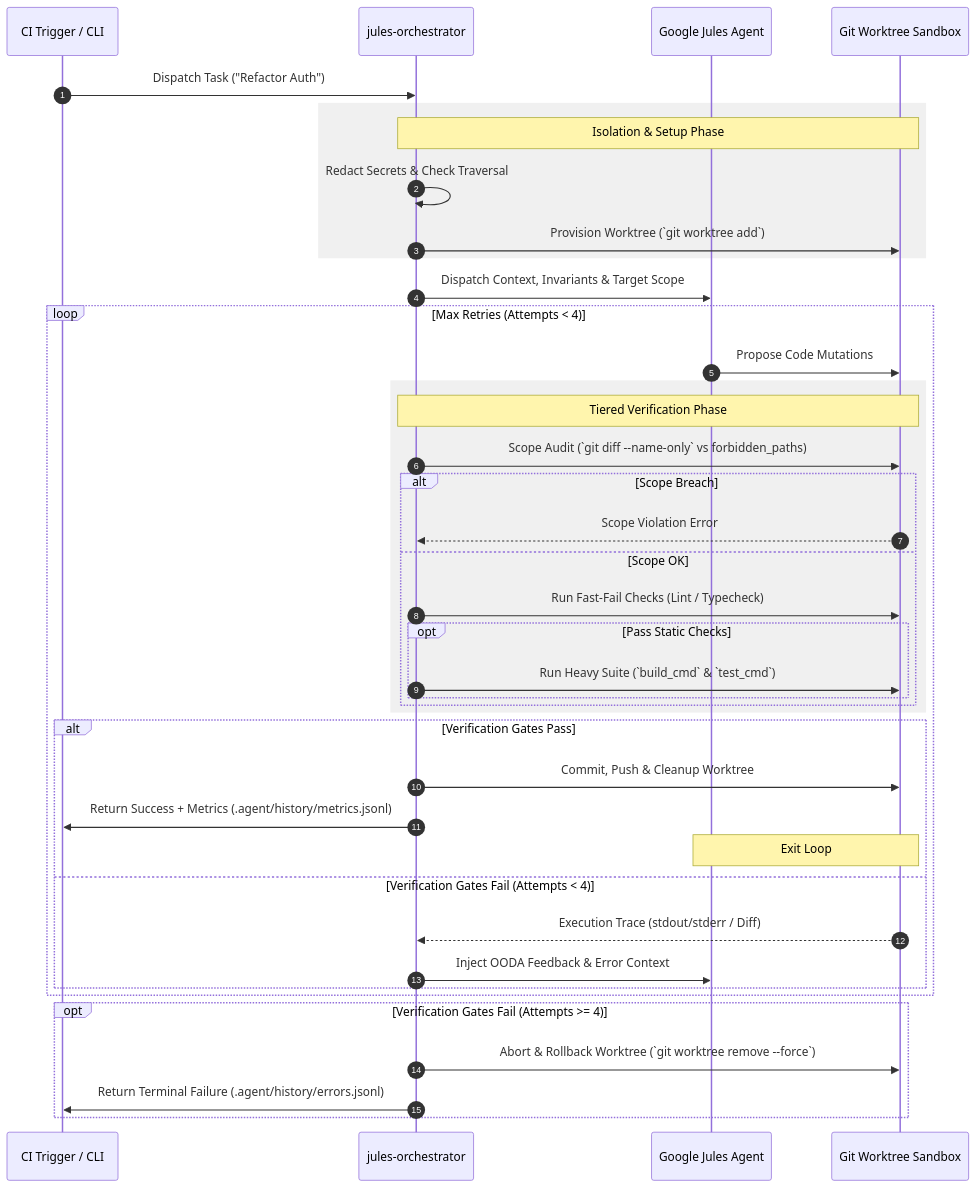
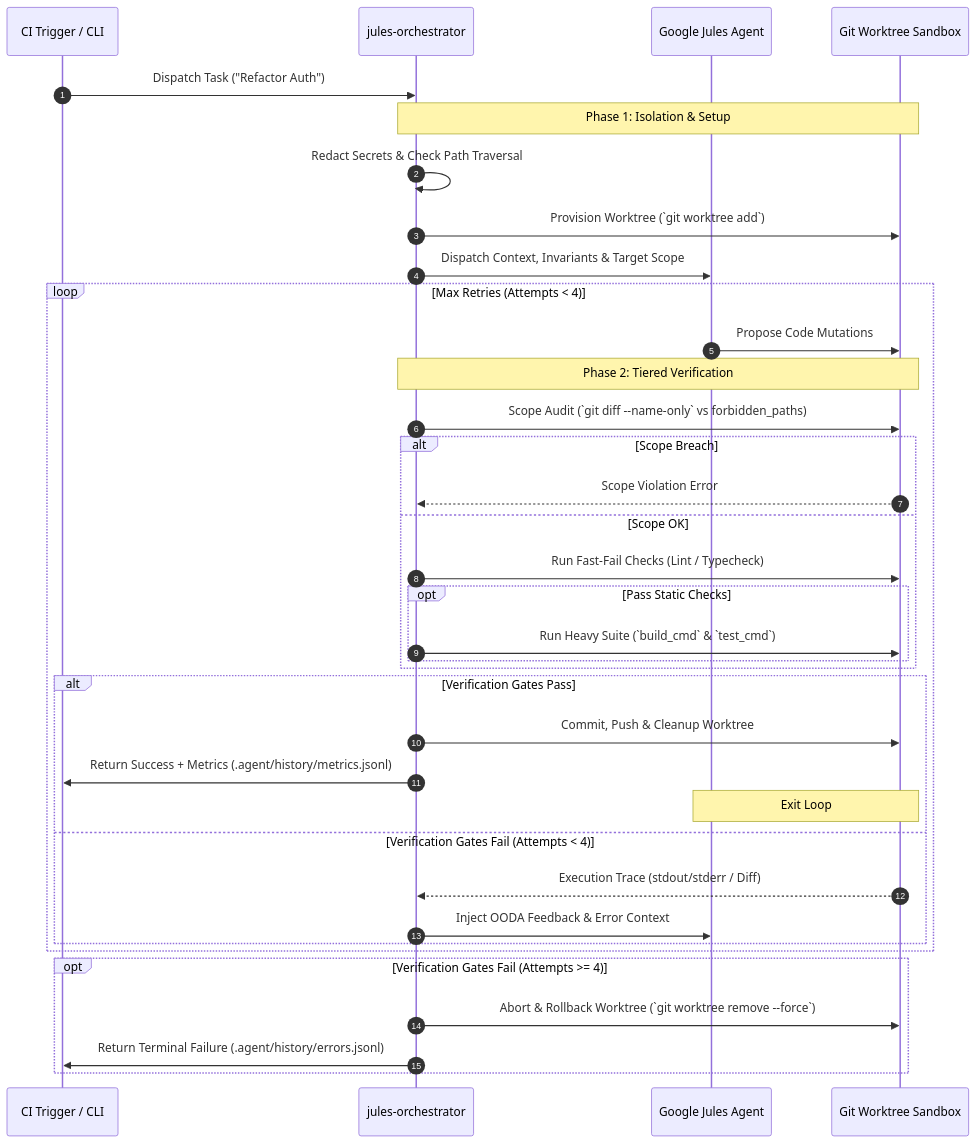
Before and after one commit to FullThrottle83/jules-orchestrator-kit: the diagram in README.md, drawn with Mermaid. The commit also changed 1 other file, not shown here.

Commit message:
fix(docs): remove hardcoded rect fills in Mermaid diagram for dark mode readability and bump to v0.2.5

````diff
--- a/README.md
+++ b/README.md
@@ -28,49 +28,44 @@
 ```mermaid
 sequenceDiagram
     autonumber
     participant CLI as CI Trigger / CLI
     participant Orc as jules-orchestrator
     participant Jules as Google Jules Agent
     participant Git as Git Worktree Sandbox
 
     CLI->>Orc: Dispatch Task ("Refactor Auth")
     
-    rect rgb(240, 240, 240)
-        note over Orc,Git: Isolation & Setup Phase
-        Orc->>Orc: Redact Secrets & Check Traversal
-        Orc->>Git: Provision Worktree (`git worktree add`)
-    end
-
+    note over Orc,Git: Phase 1: Isolation & Setup
+    Orc->>Orc: Redact Secrets & Check Path Traversal
+    Orc->>Git: Provision Worktree (`git worktree add`)
     Orc->>Jules: Dispatch Context, Invariants & Target Scope
 
     loop Max Retries (Attempts < 4)
         Jules->>Git: Propose Code Mutations
         
-        rect rgb(240, 240, 240)
-            note over Orc,Git: Tiered Verification Phase
-            Orc->>Git: Scope Audit (`git diff --name-only` vs forbidden_paths)
-            alt Scope Breach
-                Git-->>Orc: Scope Violation Error
-            else Scope OK
-                Orc->>Git: Run Fast-Fail Checks (Lint / Typecheck)
-                opt Pass Static Checks
-                    Orc->>Git: Run Heavy Suite (`build_cmd` & `test_cmd`)
-                end
+        note over Orc,Git: Phase 2: Tiered Verification
+        Orc->>Git: Scope Audit (`git diff --name-only` vs forbidden_paths)
+        alt Scope Breach
+            Git-->>Orc: Scope Violation Error
+        else Scope OK
+            Orc->>Git: Run Fast-Fail Checks (Lint / Typecheck)
+            opt Pass Static Checks
+                Orc->>Git: Run Heavy Suite (`build_cmd` & `test_cmd`)
             end
         end
 
         alt Verification Gates Pass
             Orc->>Git: Commit, Push & Cleanup Worktree
             Orc->>CLI: Return Success + Metrics (.agent/history/metrics.jsonl)
             note over Jules,Git: Exit Loop
         else Verification Gates Fail (Attempts < 4)
             Git-->>Orc: Execution Trace (stdout/stderr / Diff)
             Orc->>Jules: Inject OODA Feedback & Error Context
         end
     end
 
     opt Verification Gates Fail (Attempts >= 4)
         Orc->>Git: Abort & Rollback Worktree (`git worktree remove --force`)
         Orc->>CLI: Return Terminal Failure (.agent/history/errors.jsonl)
     end
 ```
````
